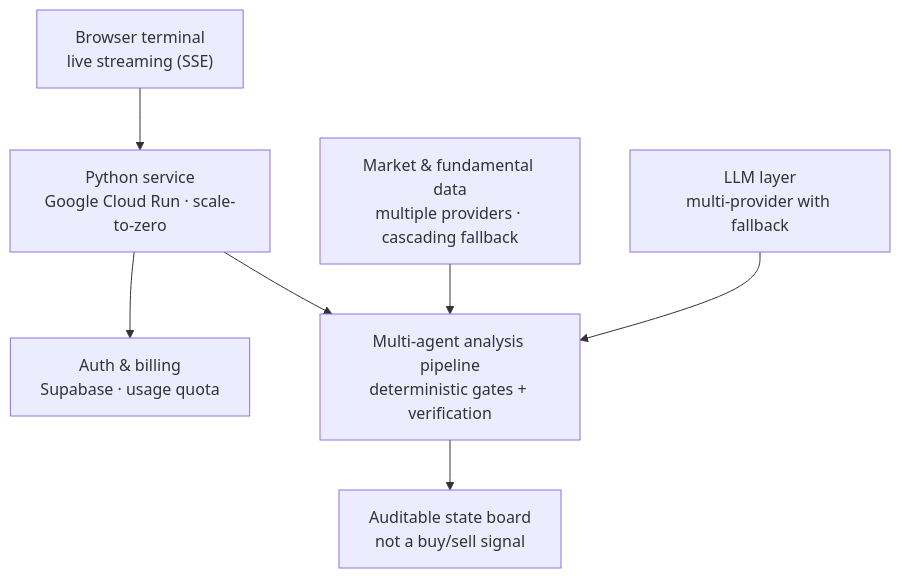
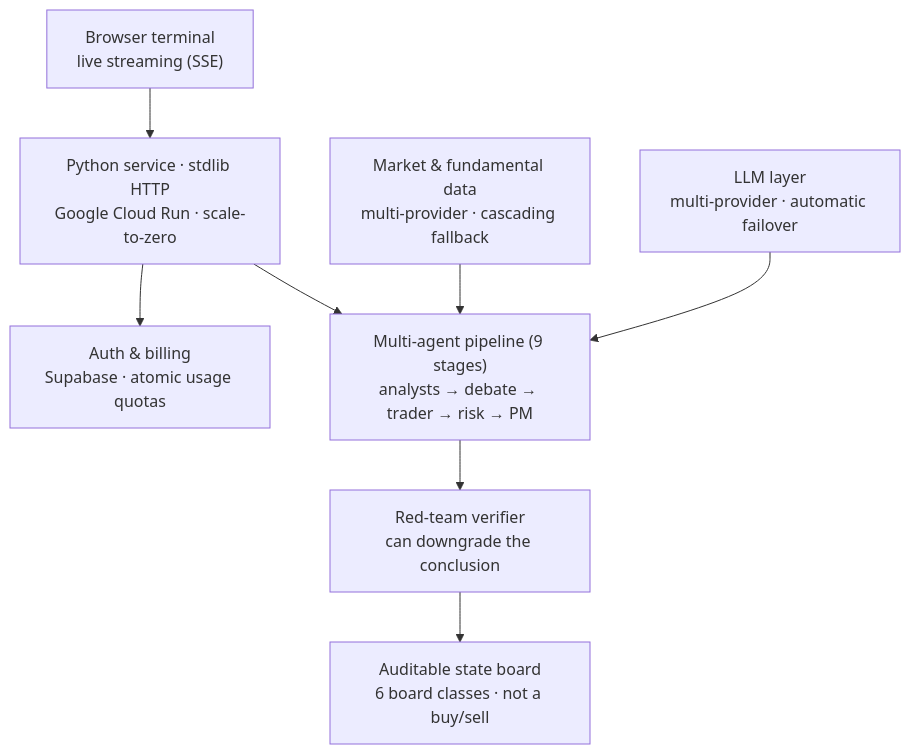
The diagram in README.md (frannkurt/flowdex-desk), drawn with Mermaid before and after one commit. The commit also changed other lines of this file, not shown here.

Commit message:
docs: showcase actualizado — pipeline 9 etapas, 541 activos, motores cuant, hardening, 243 tests

````diff
--- a/README.md
+++ b/README.md
@@ -25,9 +28,10 @@
 ```mermaid
 flowchart TD
     UI["Browser terminal<br/>live streaming (SSE)"] --> SVC
-    SVC["Python service<br/>Google Cloud Run · scale-to-zero"] --> AUTH["Auth & billing<br/>Supabase · usage quota"]
-    SVC --> PIPE["Multi-agent analysis pipeline<br/>deterministic gates + verification"]
-    DATA["Market & fundamental data<br/>multiple providers · cascading fallback"] --> PIPE
-    LLM["LLM layer<br/>multi-provider with fallback"] --> PIPE
-    PIPE --> OUT["Auditable state board<br/>not a buy/sell signal"]
+    SVC["Python service · stdlib HTTP<br/>Google Cloud Run · scale-to-zero"] --> AUTH["Auth & billing<br/>Supabase · atomic usage quotas"]
+    SVC --> PIPE["Multi-agent pipeline (9 stages)<br/>analysts → debate → trader → risk → PM"]
+    DATA["Market & fundamental data<br/>multi-provider · cascading fallback"] --> PIPE
+    LLM["LLM layer<br/>multi-provider · automatic failover"] --> PIPE
+    PIPE --> VER["Red-team verifier<br/>can downgrade the conclusion"]
+    VER --> OUT["Auditable state board<br/>6 board classes · not a buy/sell"]
 ```
````
